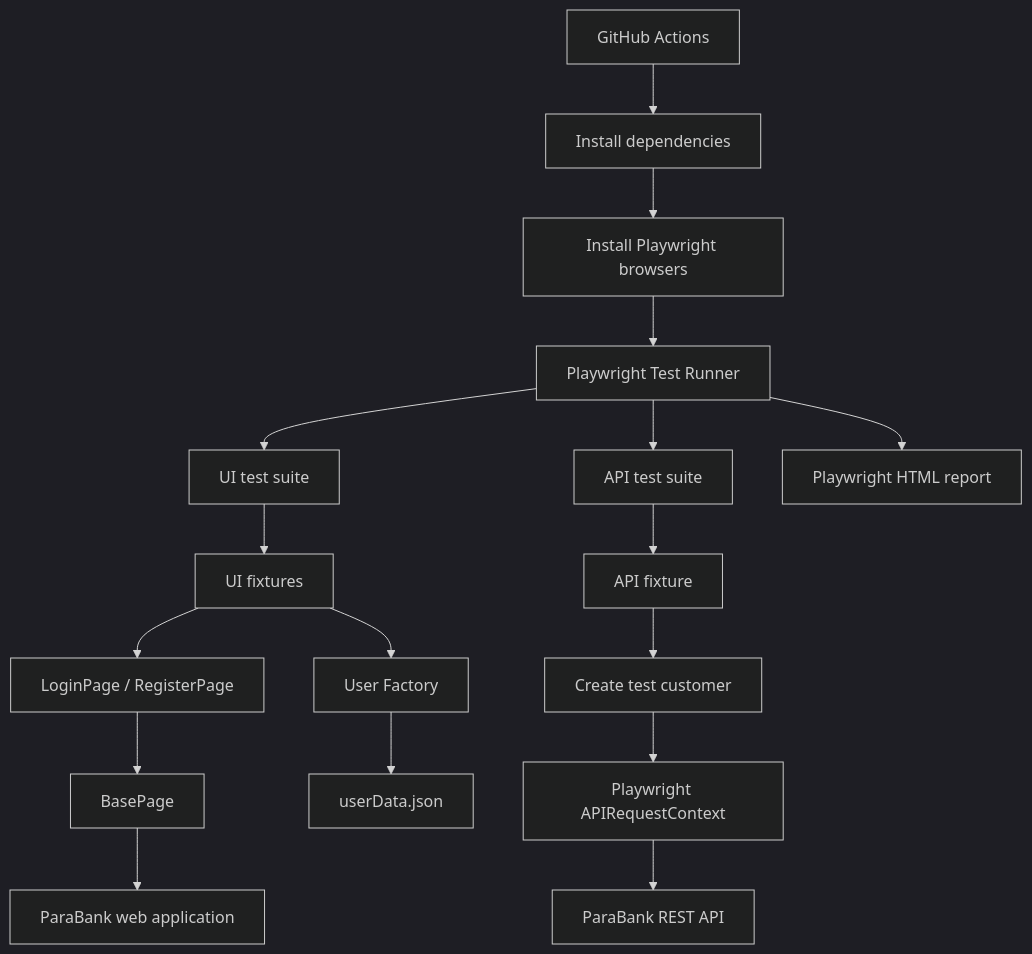
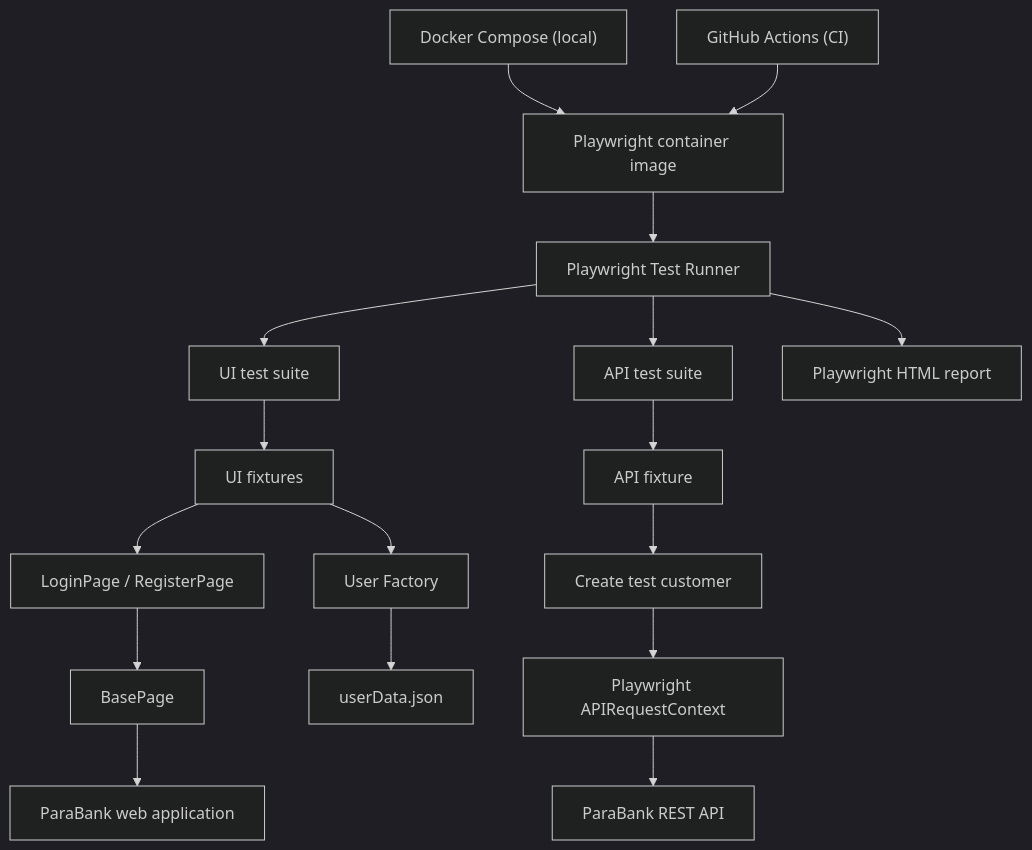
Before and after one commit to ramibentaieb-qa/parabank-playwright-automation: the diagram in README.md, drawn with Mermaid (dark theme). The commit also changed other lines of this file, not shown here.

Commit message:
Documented Docker usage and update CI section in README

````diff
--- a/README.md
+++ b/README.md
@@ -96,23 +101,23 @@
 ```mermaid
 flowchart TD
     A["Playwright Test Runner"] --> B["UI test suite"]
     A --> C["API test suite"]
 
     B --> D["UI fixtures"]
     D --> E["LoginPage / RegisterPage"]
     E --> F["BasePage"]
     F --> G["ParaBank web application"]
 
     D --> H["User Factory"]
     H --> I["userData.json"]
 
     C --> J["API fixture"]
     J --> K["Create test customer"]
     K --> L["Playwright APIRequestContext"]
     L --> M["ParaBank REST API"]
 
-    N["GitHub Actions"] --> O["Install dependencies"]
-    O --> P["Install Playwright browsers"]
-    P --> A
+    N["Docker Compose (local)"] --> R["Playwright container image"]
+    O["GitHub Actions (CI)"] --> R
+    R --> A
     A --> Q["Playwright HTML report"]
 ```
````
